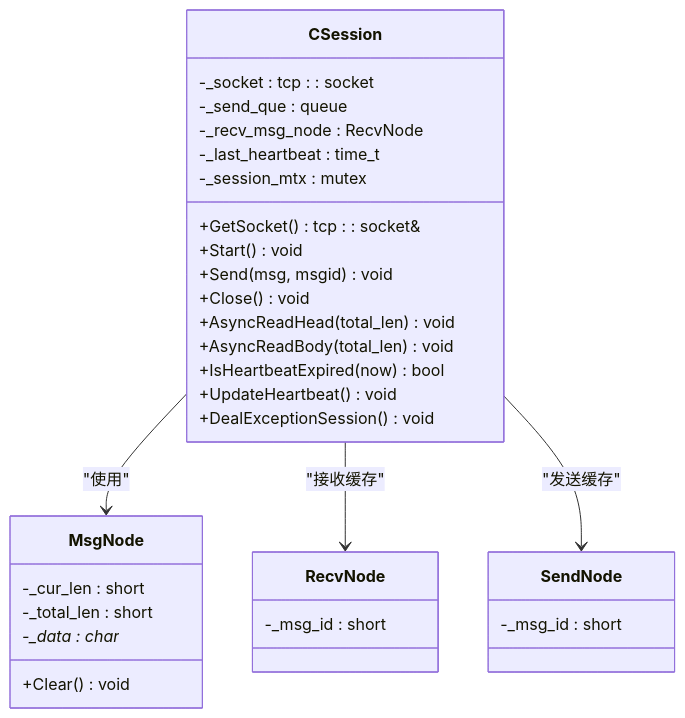
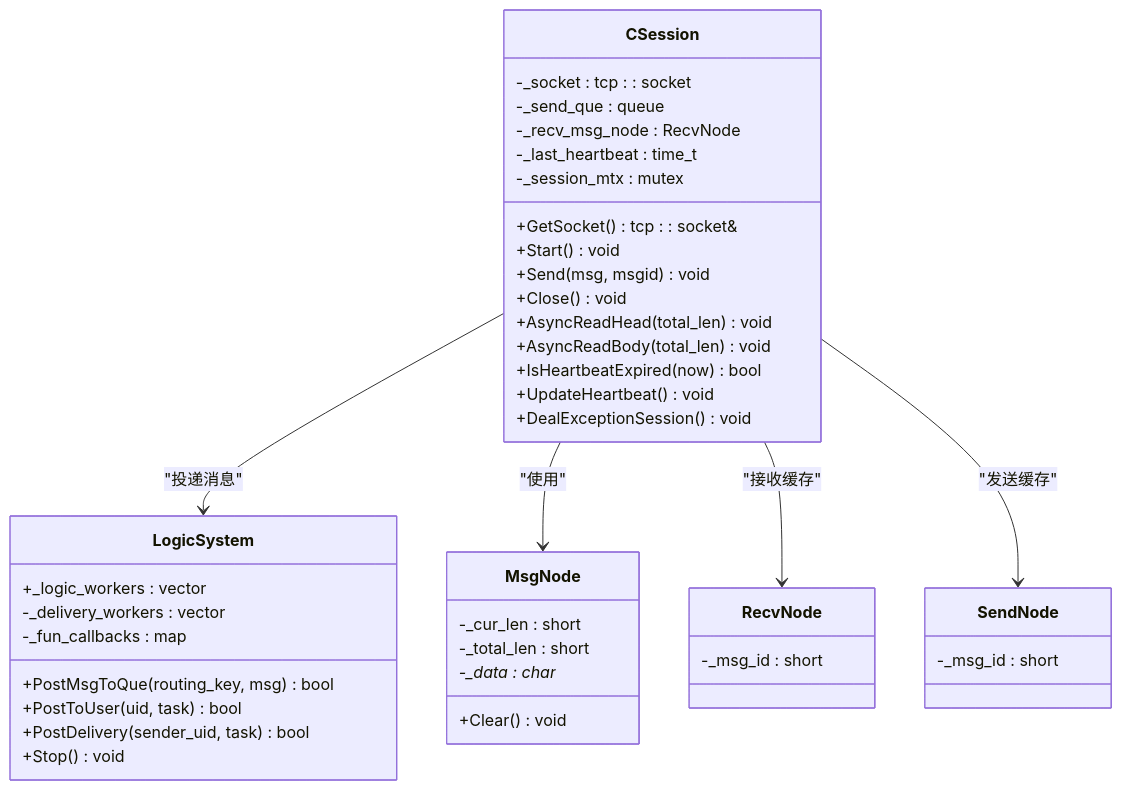
Before and after one commit to echo9923/mychatter: the fourth of 5 diagrams in .qoder/repowiki/zh/content/网络通信/TCP通信协议/TCP通信协议.md, drawn with Mermaid. The commit also changed other lines of this file and 54 other files, not shown here.

````diff
--- a/.qoder/repowiki/zh/content/网络通信/TCP通信协议/TCP通信协议.md
+++ b/.qoder/repowiki/zh/content/网络通信/TCP通信协议/TCP通信协议.md
@@ -177,34 +283,44 @@
 ```mermaid
 classDiagram
 class CSession {
 +GetSocket() tcp : : socket&
 +Start() void
 +Send(msg, msgid) void
 +Close() void
 +AsyncReadHead(total_len) void
 +AsyncReadBody(total_len) void
 +IsHeartbeatExpired(now) bool
 +UpdateHeartbeat() void
 +DealExceptionSession() void
 -_socket : tcp : : socket
 -_send_que : queue<SendNode>
 -_recv_msg_node : RecvNode
 -_last_heartbeat : time_t
 -_session_mtx : mutex
 }
+class LogicSystem {
++PostMsgToQue(routing_key, msg) bool
++PostToUser(uid, task) bool
++PostDelivery(sender_uid, task) bool
++Stop() void
++_logic_workers : vector<LogicWorker>
+-_delivery_workers : vector<LogicWorker>
+-_fun_callbacks : map<short, FunCallBack>
+}
 class MsgNode {
 +Clear() void
 -_cur_len : short
 -_total_len : short
 -_data : char*
 }
 class RecvNode {
 -_msg_id : short
 }
 class SendNode {
 -_msg_id : short
 }
+CSession --> LogicSystem : "投递消息"
 CSession --> MsgNode : "使用"
 CSession --> RecvNode : "接收缓存"
 CSession --> SendNode : "发送缓存"
 ```
````
